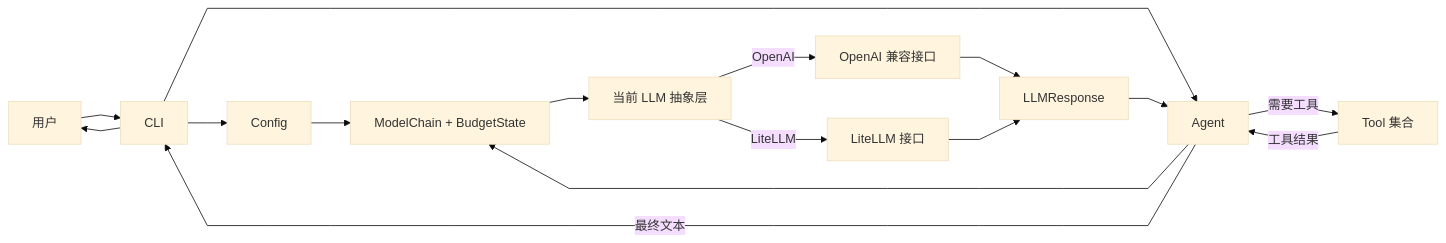
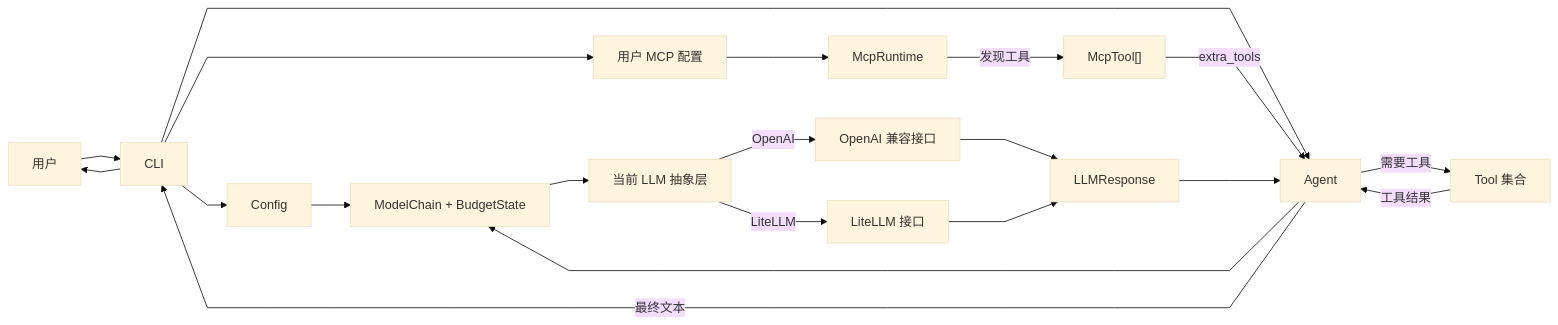
The first of 3 diagrams in CoreCoder/docs/本项目相关/Structure.md (Zorinman/AI-CoreCoder), drawn with Mermaid (base theme) before and after one commit. The commit also changed other lines of this file and 6 other files, not shown here.

````diff
--- a/CoreCoder/docs/本项目相关/Structure.md
+++ b/CoreCoder/docs/本项目相关/Structure.md
@@ -639,19 +645,23 @@
 ```mermaid
 %%{init: {"flowchart": {"curve": "linear"}}}%%
 flowchart LR
     U["用户"] --> CLI["CLI"]
     CLI --> CFG["Config"]
     CFG --> CHAIN["ModelChain + BudgetState"]
+    CLI --> MCPCFG["用户 MCP 配置"]
+    MCPCFG --> MCPRT["McpRuntime"]
+    MCPRT -->|发现工具| MCPTOOLS["McpTool[]"]
     CLI --> A["Agent"]
+    MCPTOOLS -->|extra_tools| A
     A --> CHAIN
     CHAIN --> LLM["当前 LLM 抽象层"]
     LLM -->|OpenAI| OAI["OpenAI 兼容接口"]
     LLM -->|LiteLLM| LITE["LiteLLM 接口"]
     OAI --> RESP["LLMResponse"]
     LITE --> RESP
     RESP --> A
     A -->|需要工具| TOOLS["Tool 集合"]
     TOOLS -->|工具结果| A
     A -->|最终文本| CLI
     CLI --> U
 ```
````
